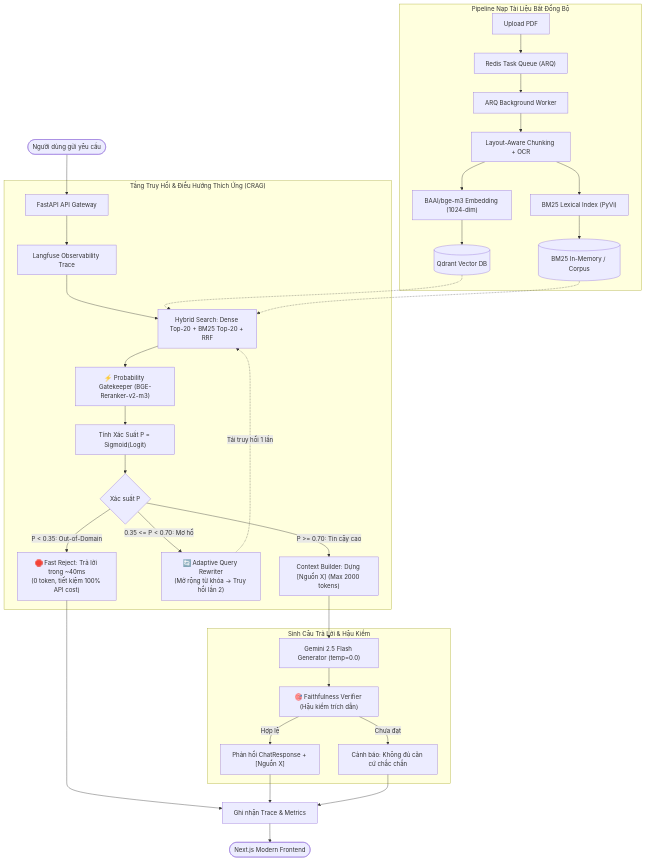
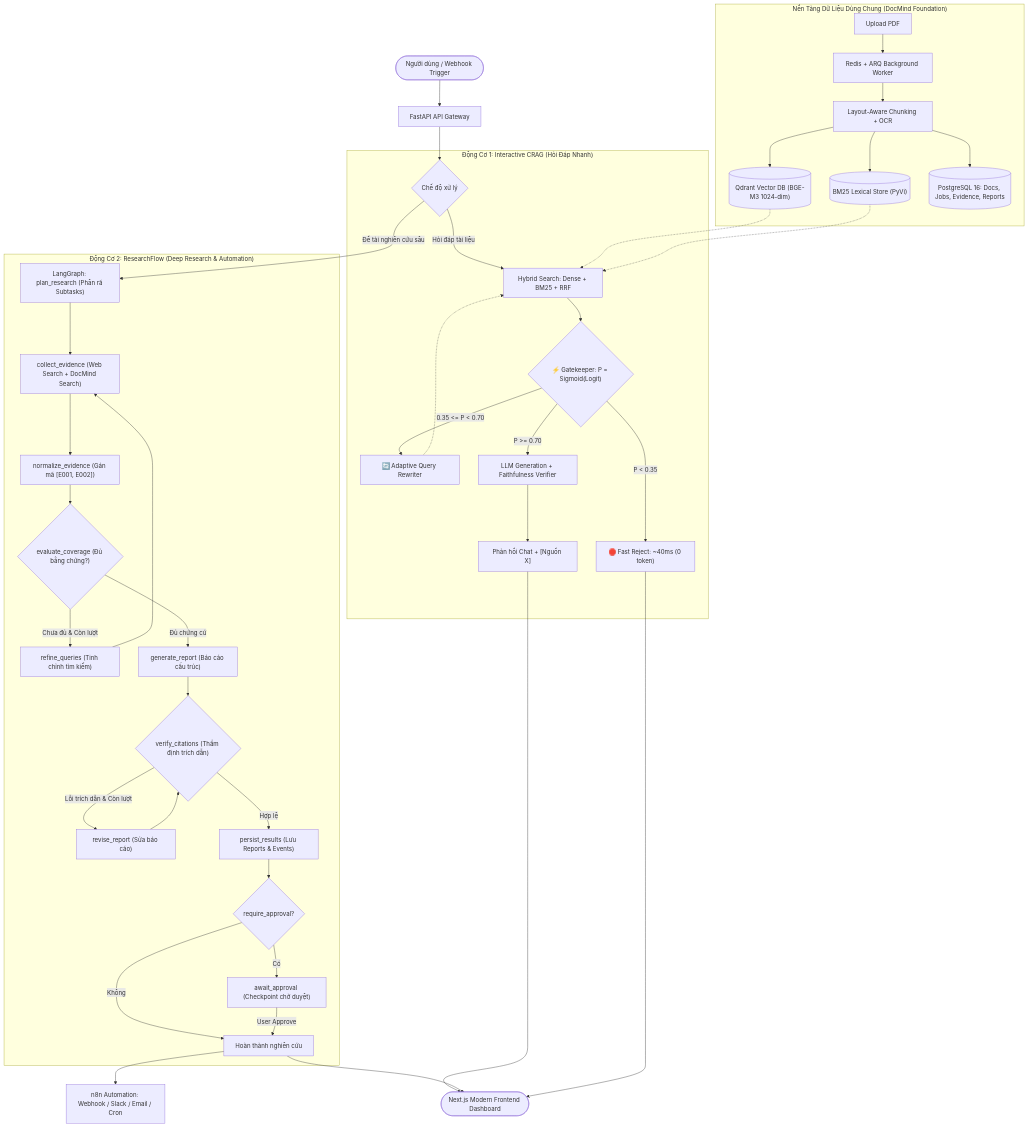
The diagram in README.MD (AIVIETNAM-AIO-TruongDogki/AI_Document_Intelligence_System), drawn with Mermaid before and after one commit. The commit also changed other lines of this file, not shown here.

Commit message:
ResearchFlow + Docmind

````diff
--- a/README.MD
+++ b/README.MD
@@ -53,42 +37,51 @@
 ```mermaid
 flowchart TD
-    User([Người dùng gửi yêu cầu]) --> Gateway[FastAPI API Gateway]
-    
-    subgraph Ingestion_Pipeline ["Pipeline Nạp Tài Liệu Bất Đồng Bộ"]
-        Upload[Upload PDF] --> RedisQueue["Redis Task Queue (ARQ)"]
-        RedisQueue --> Worker["ARQ Background Worker"]
+    User([Người dùng / Webhook Trigger]) --> Gateway[FastAPI API Gateway]
+
+    subgraph Core_Data_Platform ["Nền Tảng Dữ Liệu Dùng Chung (DocMind Foundation)"]
+        Upload[Upload PDF] --> Worker["Redis + ARQ Background Worker"]
         Worker --> PDF_Engine[Layout-Aware Chunking + OCR]
-        PDF_Engine --> BGE_Embed["BAAI/bge-m3 Embedding (1024-dim)"]
-        PDF_Engine --> PyVi_BM25["BM25 Lexical Index (PyVi)"]
-        BGE_Embed --> QdrantDB[("Qdrant Vector DB")]
-        PyVi_BM25 --> BM25Store[("BM25 In-Memory / Corpus")]
+        PDF_Engine --> QdrantDB[("Qdrant Vector DB (BGE-M3 1024-dim)")]
+        PDF_Engine --> BM25Store[("BM25 Lexical Store (PyVi)")]
+        PDF_Engine --> PostgresDB[("PostgreSQL 16: Docs, Jobs, Evidence, Reports")]
     end
 
-    subgraph CRAG_Engine ["Tầng Truy Hồi & Điều Hướng Thích Ứng (CRAG)"]
-        Gateway --> LangfuseTrace["Langfuse Observability Trace"]
-        LangfuseTrace --> HybridSearch["Hybrid Search: Dense Top-20 + BM25 Top-20 + RRF"]
+    Gateway --> RouteChoice{Chế độ xử lý}
+
+    %% MODE 1: INTERACTIVE CRAG
+    subgraph Mode1_CRAG ["Động Cơ 1: Interactive CRAG (Hỏi Đáp Nhanh)"]
+        RouteChoice -->|Hỏi đáp tài liệu| HybridSearch[Hybrid Search: Dense + BM25 + RRF]
         QdrantDB -.-> HybridSearch
         BM25Store -.-> HybridSearch
-        
-        HybridSearch --> Gatekeeper["⚡ Probability Gatekeeper (BGE-Reranker-v2-m3)"]
-        Gatekeeper --> CalcP["Tính Xác Suất P = Sigmoid(Logit)"]
-        
-        CalcP --> Branch{Xác suất P}
-        Branch -->|P < 0.35: Out-of-Domain| FastReject["🛑 Fast Reject: Trả lời trong ~40ms<br/>(0 token, tiết kiệm 100% API cost)"]
-        Branch -->|0.35 <= P < 0.70: Mơ hồ| QueryRewrite["🔄 Adaptive Query Rewriter<br/>(Mở rộng từ khóa -> Truy hồi lần 2)"]
-        QueryRewrite -.->|Tái truy hồi 1 lần| HybridSearch
-        Branch -->|P >= 0.70: Tin cậy cao| ContextBuilder["Context Builder: Dựng [Nguồn X] (Max 2000 tokens)"]
+        HybridSearch --> Gatekeeper{"⚡ Gatekeeper: P = Sigmoid(Logit)"}
+        Gatekeeper -->|P < 0.35| FastReject["🛑 Fast Reject: ~40ms (0 token)"]
+        Gatekeeper -->|0.35 <= P < 0.70| Rewriter["🔄 Adaptive Query Rewriter"]
+        Rewriter -.-> HybridSearch
+        Gatekeeper -->|P >= 0.70| GenAns["LLM Generation + Faithfulness Verifier"]
+        GenAns --> ChatRes["Phản hồi Chat + [Nguồn X]"]
     end
 
-    subgraph Generation_Guardrail ["Sinh Câu Trả Lời & Hậu Kiểm"]
-        ContextBuilder --> GeminiLLM["Gemini 2.5 Flash Generator (temp=0.0)"]
-        GeminiLLM --> Verifier["🎯 Faithfulness Verifier (Hậu kiểm trích dẫn)"]
-        Verifier -->|Hợp lệ| VerifiedAns["Phản hồi ChatResponse + [Nguồn X]"]
-        Verifier -->|Chưa đạt| FallbackAns["Cảnh báo: Không đủ căn cứ chắc chắn"]
+    %% MODE 2: DEEP RESEARCH
+    subgraph Mode2_ResearchFlow ["Động Cơ 2: ResearchFlow (Deep Research & Automation)"]
+        RouteChoice -->|Đề tài nghiên cứu sâu| Planner["LangGraph: plan_research (Phân rã Subtasks)"]
+        Planner --> Collector["collect_evidence (Web Search + DocMind Search)"]
+        Collector --> Norm["normalize_evidence (Gán mã [E001, E002])"]
+        Norm --> Coverage{"evaluate_coverage (Đủ bằng chứng?)"}
+        Coverage -->|Chưa đủ & Còn lượt| Refiner["refine_queries (Tinh chỉnh tìm kiếm)"]
+        Refiner --> Collector
+        Coverage -->|Đủ chứng cứ| Writer["generate_report (Báo cáo cấu trúc)"]
+        Writer --> Verifier{"verify_citations (Thẩm định trích dẫn)"}
+        Verifier -->|Lỗi trích dẫn & Còn lượt| Reviser["revise_report (Sửa báo cáo)"]
+        Reviser --> Verifier
+        Verifier -->|Hợp lệ| Persist["persist_results (Lưu Reports & Events)"]
+        Persist --> Approval{"require_approval?"}
+        Approval -->|Có| Pause["await_approval (Checkpoint chờ duyệt)"]
+        Approval -->|Không| CompleteJob["Hoàn thành nghiên cứu"]
+        Pause -->|User Approve| CompleteJob
     end
 
-    FastReject --> Telemetry["Ghi nhận Trace & Metrics"]
-    VerifiedAns --> Telemetry
-    FallbackAns --> Telemetry
-    Telemetry --> ClientUI([Next.js Modern Frontend])
+    CompleteJob --> n8n["n8n Automation: Webhook / Slack / Email / Cron"]
+    ChatRes --> UI([Next.js Modern Frontend Dashboard])
+    CompleteJob --> UI
+    FastReject --> UI
 ```
````
